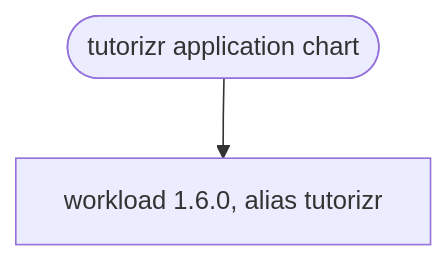
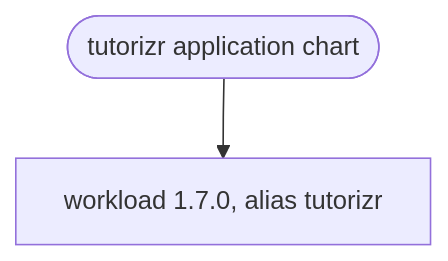
The diagram in charts/tutorizr/README.md (f2calv/tutorizr), drawn with Mermaid before and after one commit. The commit also changed other lines of this file and 7 other files, not shown here.

````diff
--- a/charts/tutorizr/README.md
+++ b/charts/tutorizr/README.md
@@ -79,4 +79,4 @@
 ```mermaid
 graph TD
-    Tutor([tutorizr application chart]) --> Workload[workload 1.6.0, alias tutorizr]
+    Tutor([tutorizr application chart]) --> Workload[workload 1.7.0, alias tutorizr]
 ```
````
